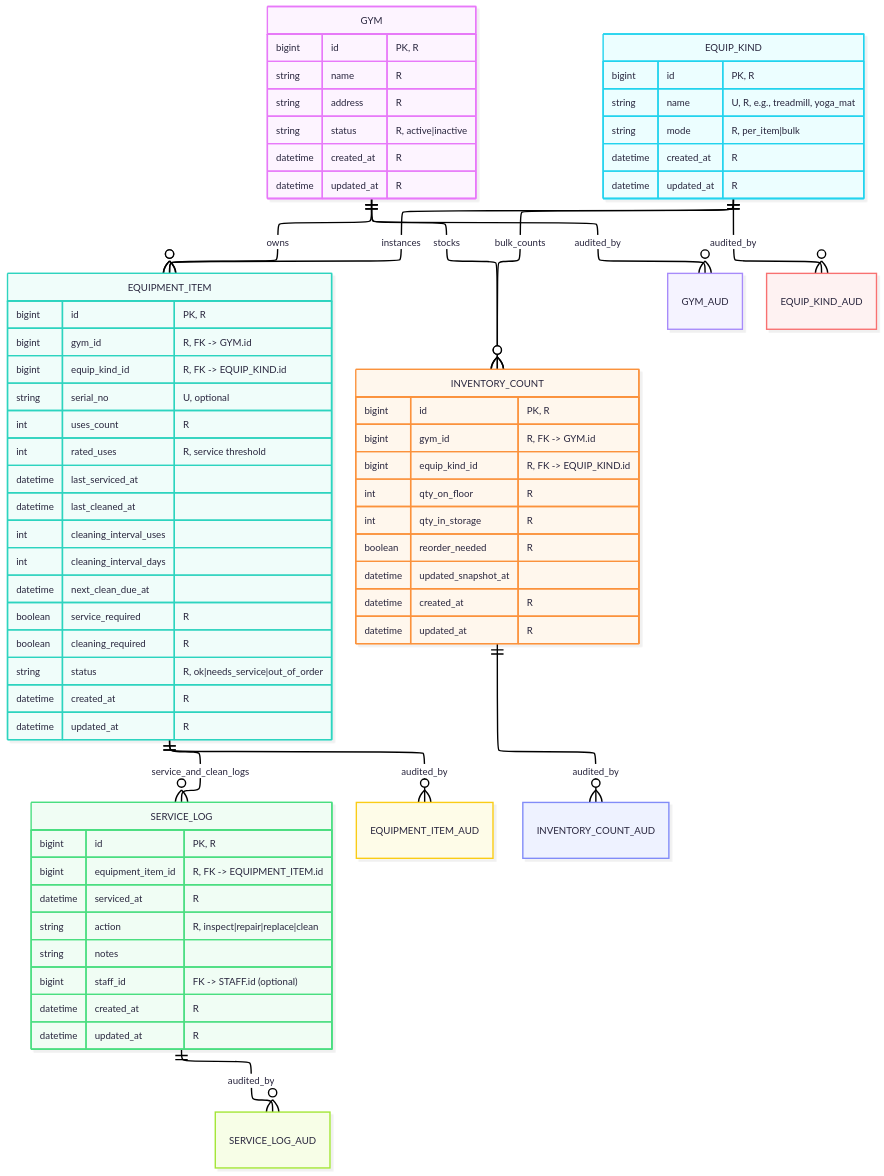
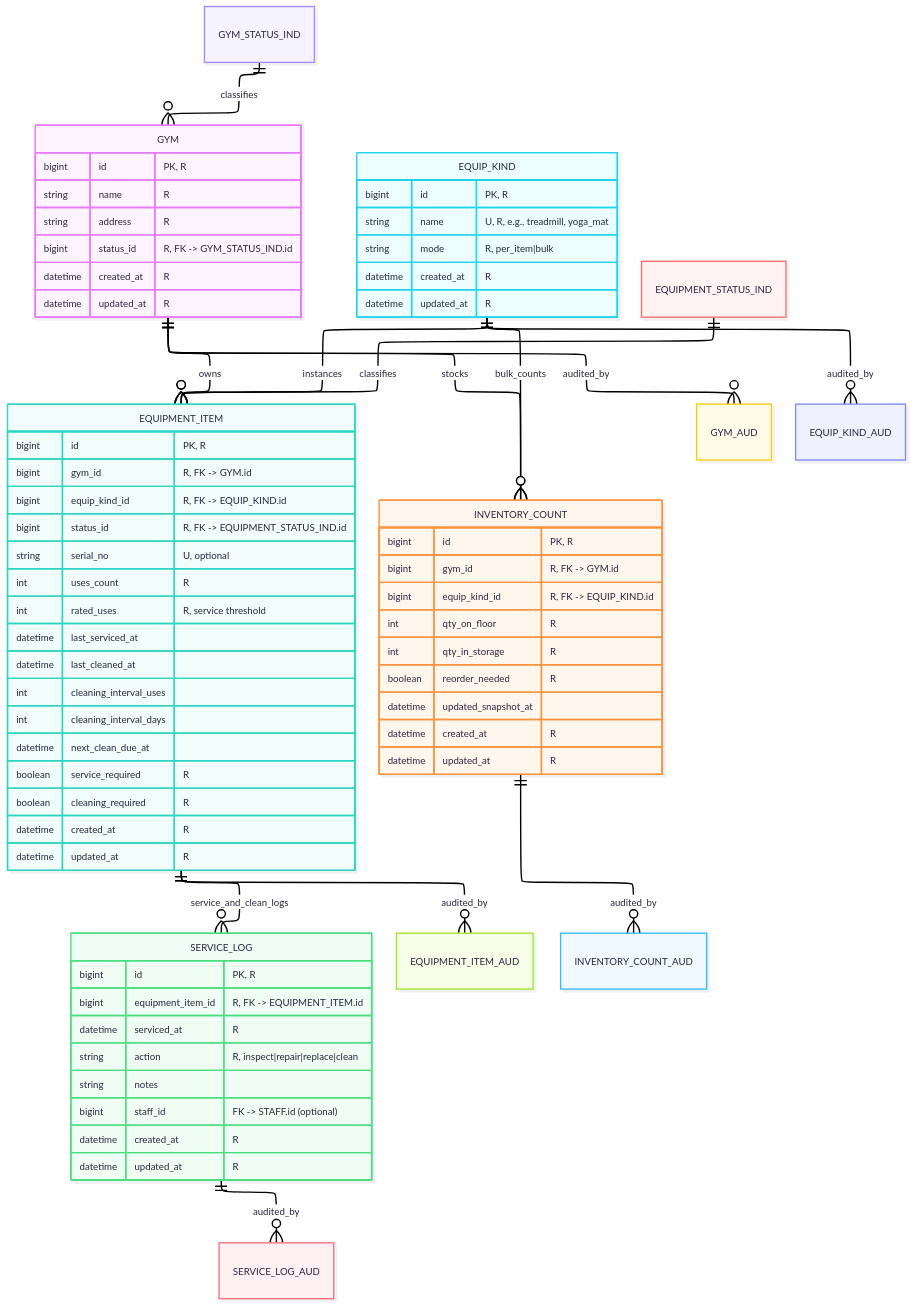
Before and after one commit to jic48-rutgers/FitDB: the second of 8 diagrams in docs/ERDs.md, drawn with Mermaid. The commit also changed other lines of this file, not shown here.

Commit message:
added triggers, and *_STATUS_IND tables, and indices (TODO: rework audit before/after_json in ERDs.md; outline RBAC, views, and stored procedures in TDD.md)

```diff
--- a/docs/ERDs.md
+++ b/docs/ERDs.md
@@ -103,6 +104,10 @@
     EQUIP_KIND ||--o{ INVENTORY_COUNT : bulk_counts
     EQUIPMENT_ITEM ||--o{ SERVICE_LOG : service_and_clean_logs
 
+    %% Status indicators
+    GYM_STATUS_IND       ||--o{ GYM            : classifies
+    EQUIPMENT_STATUS_IND ||--o{ EQUIPMENT_ITEM : classifies
+
     %% Audits
     GYM ||--o{ GYM_AUD : audited_by
     EQUIP_KIND ||--o{ EQUIP_KIND_AUD : audited_by
@@ -115,7 +120,7 @@
         bigint id "PK, R"
         string name "R"
         string address "R"
-        string status "R, active|inactive"
+        bigint status_id "R, FK -> GYM_STATUS_IND.id"
         datetime created_at "R"
         datetime updated_at "R"
     }
@@ -130,6 +135,7 @@
         bigint id "PK, R"
         bigint gym_id "R, FK -> GYM.id"
         bigint equip_kind_id "R, FK -> EQUIP_KIND.id"
+        bigint status_id "R, FK -> EQUIPMENT_STATUS_IND.id"
         string serial_no "U, optional"
         int uses_count "R"
         int rated_uses "R, service threshold"
@@ -140,7 +146,6 @@
         datetime next_clean_due_at ""
         boolean service_required "R"
         boolean cleaning_required "R"
-        string status "R, ok|needs_service|out_of_order"
         datetime created_at "R"
         datetime updated_at "R"
     }
```
